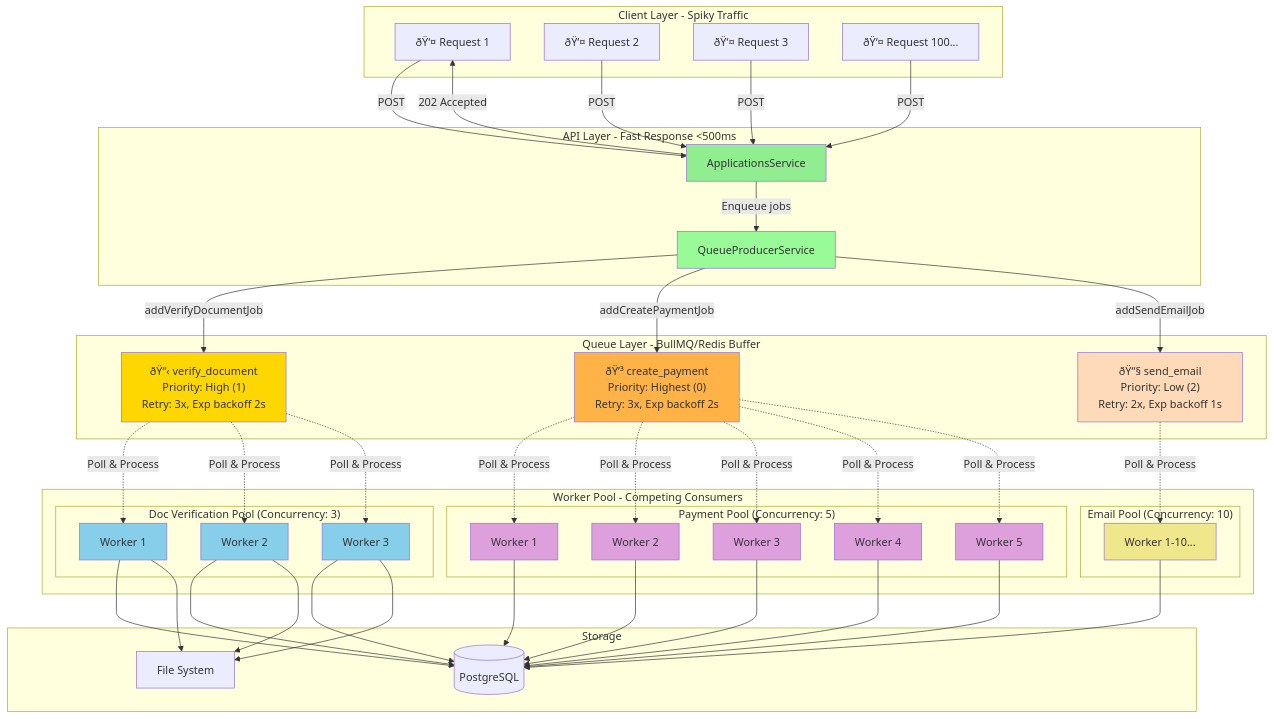
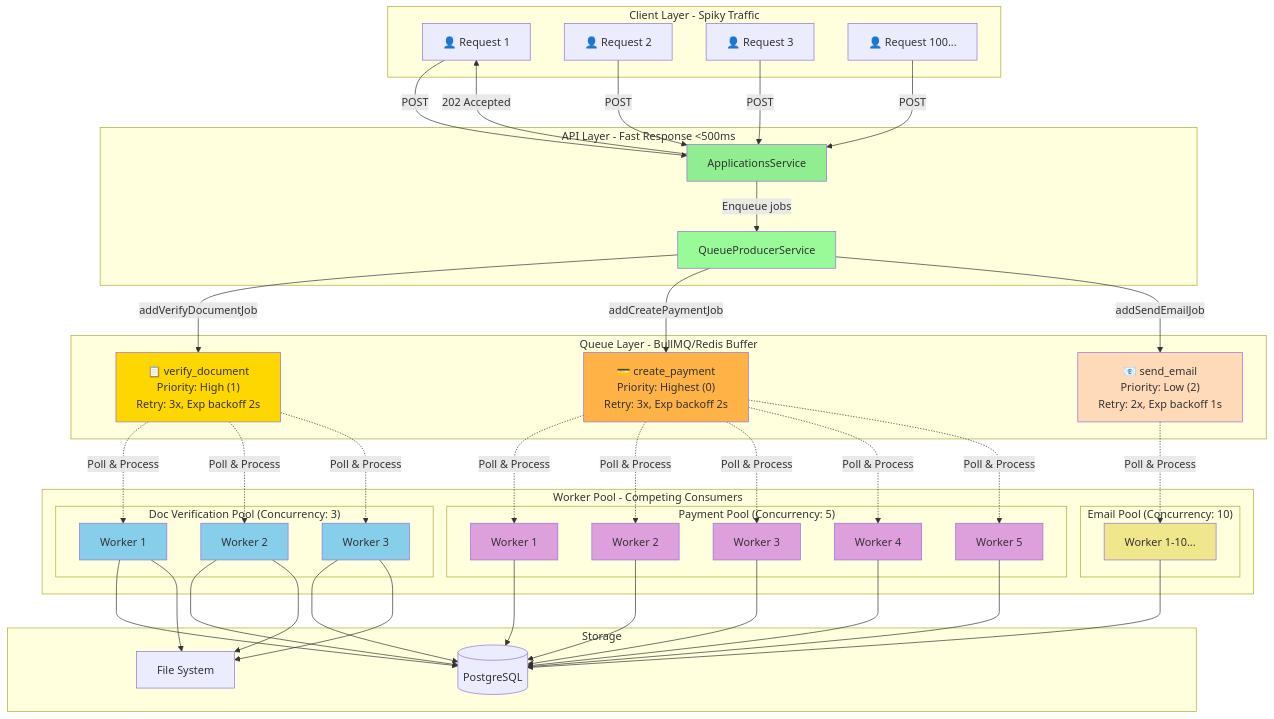
One commit to huytu0702/university_admission_portal changed the seventh of 11 diagrams in backend/docs/SYSTEM_FLOW_AFTER_PATTERNS.md. Above: the diagram before and after it, drawn with Mermaid. The commit also changed other lines of this file, not shown here.

````diff
--- a/backend/docs/SYSTEM_FLOW_AFTER_PATTERNS.md
+++ b/backend/docs/SYSTEM_FLOW_AFTER_PATTERNS.md
@@ -838,78 +838,78 @@
 ```mermaid
 graph TB
     subgraph "Client Layer - Spiky Traffic"
-        C1[ðŸ‘¤ Request 1]
-        C2[ðŸ‘¤ Request 2]
-        C3[ðŸ‘¤ Request 3]
-        C100[ðŸ‘¤ Request 100...]
+        C1[👤 Request 1]
+        C2[👤 Request 2]
+        C3[👤 Request 3]
+        C100[👤 Request 100...]
     end
     
     subgraph "API Layer - Fast Response <500ms"
         API[ApplicationsService]
         Producer[QueueProducerService]
     end
     
     subgraph "Queue Layer - BullMQ/Redis Buffer"
-        Q1["ðŸ“‹ verify_document<br/>Priority: High (1)<br/>Retry: 3x, Exp backoff 2s"]
-        Q2["ðŸ’³ create_payment<br/>Priority: Highest (0)<br/>Retry: 3x, Exp backoff 2s"]
-        Q3["ðŸ“§ send_email<br/>Priority: Low (2)<br/>Retry: 2x, Exp backoff 1s"]
+        Q1["📋 verify_document<br/>Priority: High (1)<br/>Retry: 3x, Exp backoff 2s"]
+        Q2["💳 create_payment<br/>Priority: Highest (0)<br/>Retry: 3x, Exp backoff 2s"]
+        Q3["📧 send_email<br/>Priority: Low (2)<br/>Retry: 2x, Exp backoff 1s"]
     end
     
     subgraph "Worker Pool - Competing Consumers"
         subgraph "Doc Verification Pool (Concurrency: 3)"
             DW1[Worker 1]
             DW2[Worker 2]
             DW3[Worker 3]
         end
         
         subgraph "Payment Pool (Concurrency: 5)"
             PW1[Worker 1]
             PW2[Worker 2]
             PW3[Worker 3]
             PW4[Worker 4]
             PW5[Worker 5]
         end
         
         subgraph "Email Pool (Concurrency: 10)"
             EW1[Worker 1-10...]
         end
     end
     
     subgraph "Storage"
         DB[(PostgreSQL)]
         FS[File System]
     end
     
     C1 & C2 & C3 & C100 -->|POST| API
     API -->|Enqueue jobs| Producer
     
     Producer -->|addVerifyDocumentJob| Q1
     Producer -->|addCreatePaymentJob| Q2
     Producer -->|addSendEmailJob| Q3
     
     API -->|202 Accepted| C1
     
     Q1 -.->|Poll & Process| DW1 & DW2 & DW3
     Q2 -.->|Poll & Process| PW1 & PW2 & PW3 & PW4 & PW5
     Q3 -.->|Poll & Process| EW1
     
     DW1 & DW2 & DW3 --> DB
     DW1 & DW2 & DW3 --> FS
     PW1 & PW2 & PW3 & PW4 & PW5 --> DB
     EW1 --> DB
     
     style API fill:#90EE90
     style Producer fill:#98FB98
     style Q1 fill:#FFD700
     style Q2 fill:#FFB347
     style Q3 fill:#FFDAB9
     style DW1 fill:#87CEEB
     style DW2 fill:#87CEEB
     style DW3 fill:#87CEEB
     style PW1 fill:#DDA0DD
     style PW2 fill:#DDA0DD
     style PW3 fill:#DDA0DD
     style PW4 fill:#DDA0DD
     style PW5 fill:#DDA0DD
     style EW1 fill:#F0E68C
 ```
````
